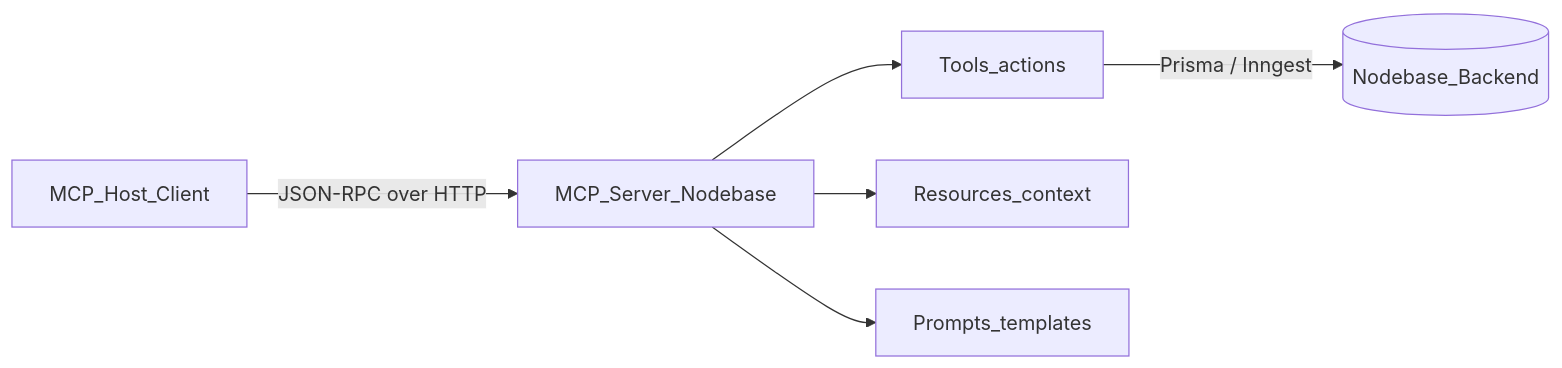
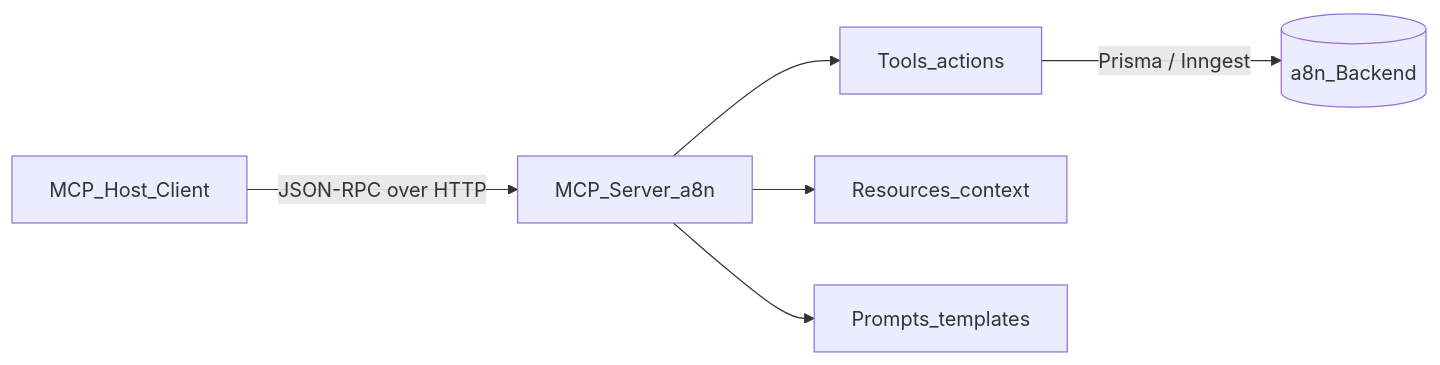
Before and after one commit to aditya-deokar/a8n: the diagram in docs/mcp/01-introduction-to-mcp.md, drawn with Mermaid. The commit also changed other lines of this file and 69 other files, not shown here.

Commit message:
feat: implement core MCP server architecture, authentication middleware, and comprehensive project documentation

````diff
--- a/docs/mcp/01-introduction-to-mcp.md
+++ b/docs/mcp/01-introduction-to-mcp.md
@@ -49,14 +49,14 @@
 ```mermaid
 flowchart LR
   Host[MCP_Host_Client]
-  Server[MCP_Server_Nodebase]
+  Server[MCP_Server_a8n]
   Tools[Tools_actions]
   Resources[Resources_context]
   Prompts[Prompts_templates]
 
   Host -->|"JSON-RPC over HTTP"| Server
   Server --> Tools
   Server --> Resources
   Server --> Prompts
-  Tools -->|"Prisma / Inngest"| Backend[(Nodebase_Backend)]
+  Tools -->|"Prisma / Inngest"| Backend[(a8n_Backend)]
 ```
````
